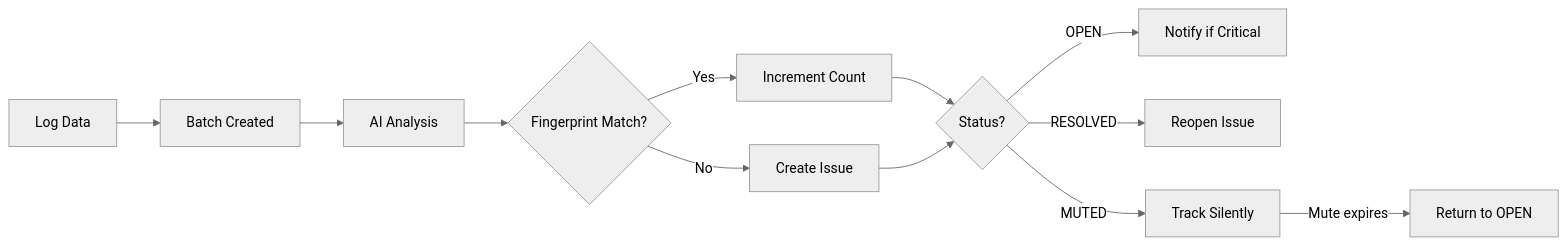
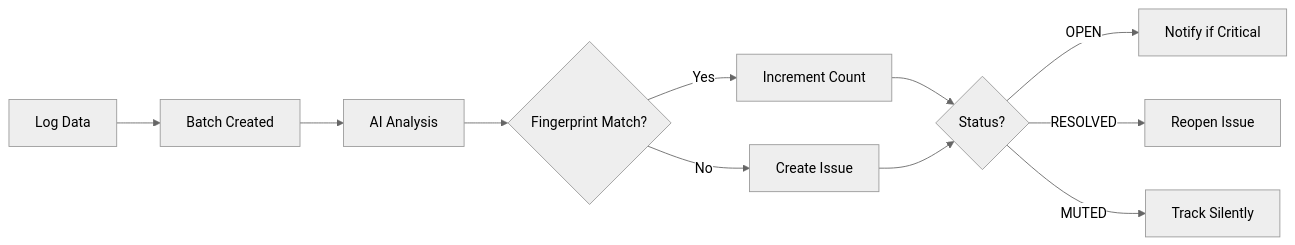
The diagram in docs/src/user-guide/issues.md (getserops/serops), drawn with Mermaid (neutral theme) before and after one commit. The commit also changed other lines of this file and 172 other files, not shown here.

````diff
--- a/docs/src/user-guide/issues.md
+++ b/docs/src/user-guide/issues.md
@@ -264,14 +272,13 @@
 ```mermaid
 graph LR
     A[Log Data] --> B[Batch Created]
     B --> C[AI Analysis]
     C --> D{Fingerprint Match?}
     D -->|Yes| E[Increment Count]
     D -->|No| F[Create Issue]
     E --> G{Status?}
     F --> G
     G -->|OPEN| H[Notify if Critical]
     G -->|RESOLVED| I[Reopen Issue]
     G -->|MUTED| J[Track Silently]
-    J -->|Mute expires| K[Return to OPEN]
 ```
````
